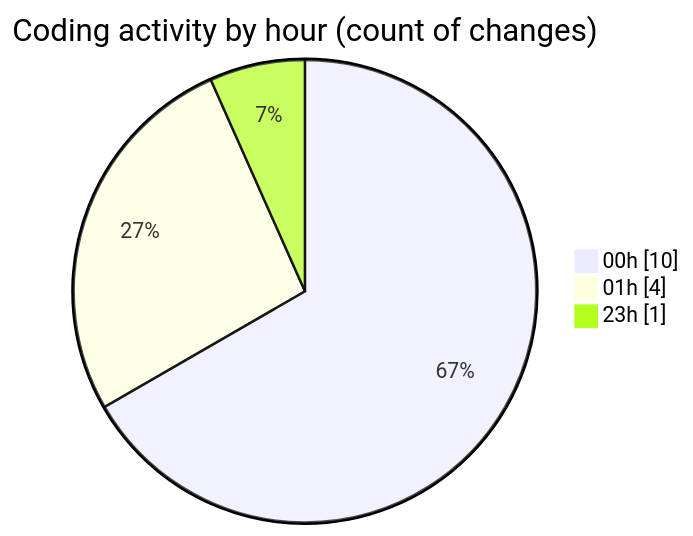
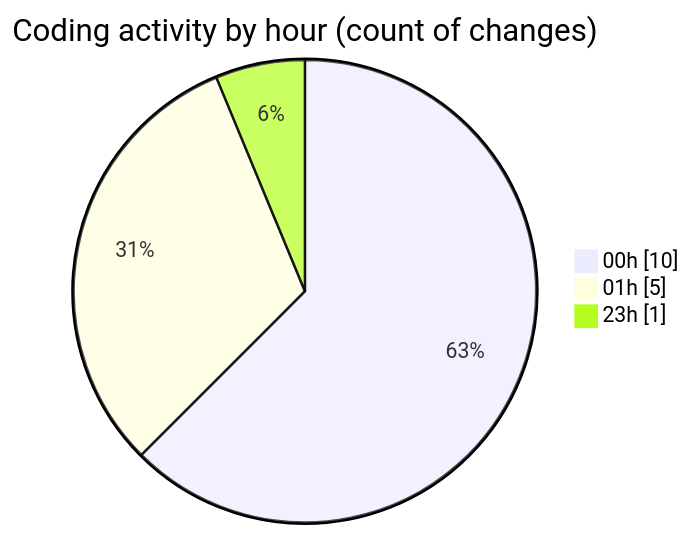
Before and after one commit to tmsrecording-cyber/code-tracking: the second of 2 diagrams in 2026-02-09/singularitybrainai/README.md, drawn with Mermaid. The commit also changed other lines of this file and 1 other file, not shown here.

````diff
--- a/2026-02-09/singularitybrainai/README.md
+++ b/2026-02-09/singularitybrainai/README.md
@@ -29,7 +29,7 @@
 ```mermaid
 pie showData
 title Coding activity by hour (count of changes)
 "00h" : 10
-"01h" : 4
+"01h" : 5
 "23h" : 1
 ```
````
